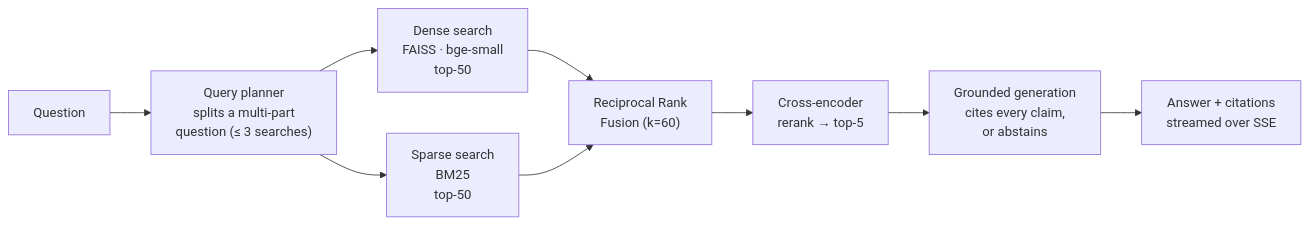
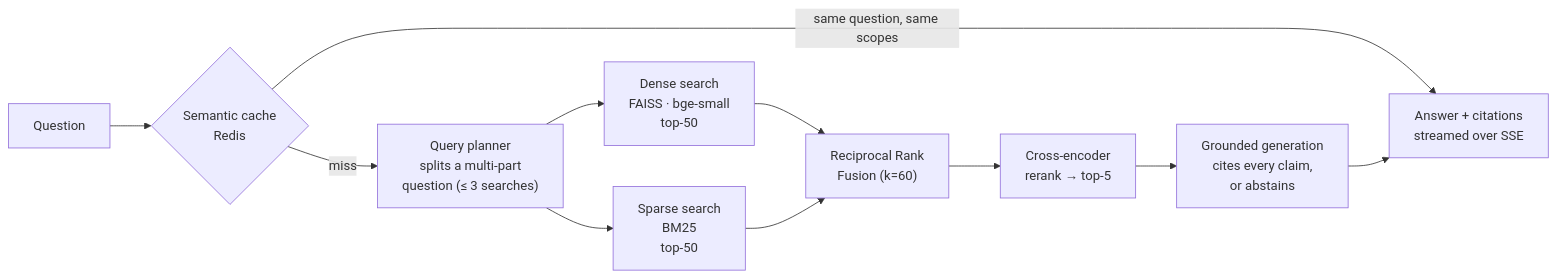
One commit to krishivsaini/Sentinel changed the diagram in README.md. Above: the diagram before and after it, drawn with Mermaid. The commit also changed other lines of this file and 5 other files, not shown here.

````diff
--- a/README.md
+++ b/README.md
@@ -261,11 +119,13 @@
 ```mermaid
 flowchart LR
-    Q["Question"] --> PL["Query planner<br/>splits a multi-part<br/>question (≤ 3 searches)"]
+    Q["Question"] --> C{"Semantic cache<br/>Redis"}
+    C -- "same question, same scopes" --> A
+    C -- miss --> PL["Query planner<br/>splits a multi-part<br/>question (≤ 3 searches)"]
     PL --> D["Dense search<br/>FAISS · bge-small<br/>top-50"]
     PL --> S["Sparse search<br/>BM25<br/>top-50"]
     D --> F["Reciprocal Rank<br/>Fusion (k=60)"]
     S --> F
     F --> R["Cross-encoder<br/>rerank → top-5"]
     R --> G["Grounded generation<br/>cites every claim,<br/>or abstains"]
     G --> A["Answer + citations<br/>streamed over SSE"]
 ```
````
